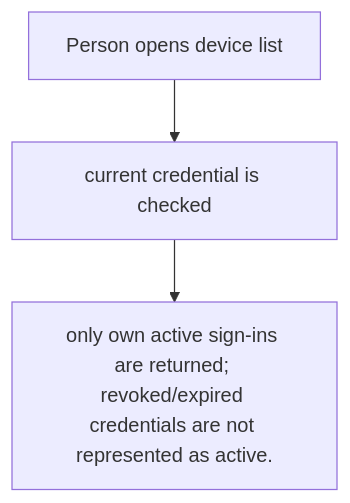
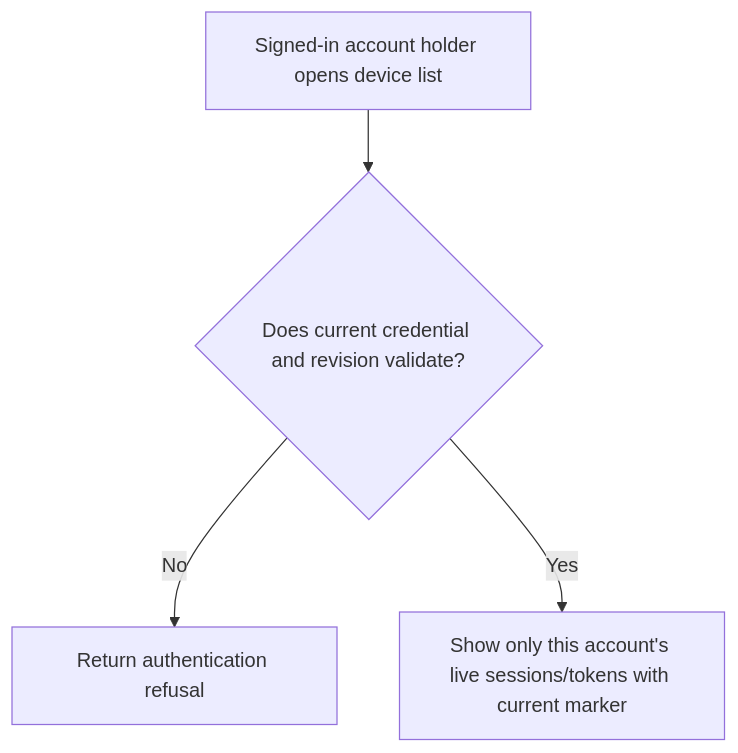
One commit to Kevinjohn/oss-adonisjs-account-kit changed the first of 2 diagrams in user-stories/US-ACCOUNT-14-list-signed-in-devices.md. Above: the diagram before and after it, drawn with Mermaid. The commit also changed other lines of this file and 9 other files, not shown here.

````diff
--- a/user-stories/US-ACCOUNT-14-list-signed-in-devices.md
+++ b/user-stories/US-ACCOUNT-14-list-signed-in-devices.md
@@ -20,8 +18,6 @@
 ```mermaid
 flowchart TD
-    U0["Person opens device list"]
-    U1["current credential is checked"]
-    U0 --> U1
-    U2["only own active sign-ins are returned; revoked/expired credentials are not represented as active."]
-    U1 --> U2
+ A["Signed-in account holder opens device list"] --> B{"Does current credential and revision validate?"}
+ B -->|No| C["Return authentication refusal"]
+ B -->|Yes| D["Show only this account's live sessions/tokens with current marker"]
 ```
````
